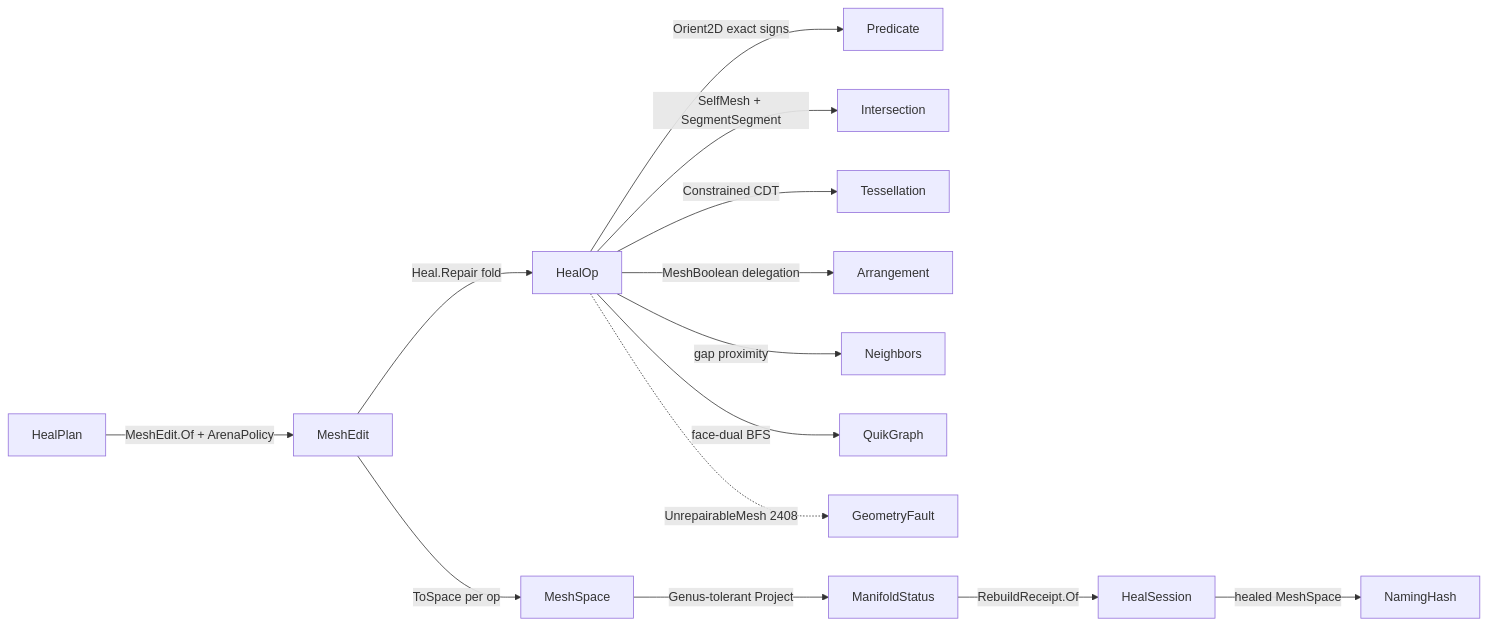
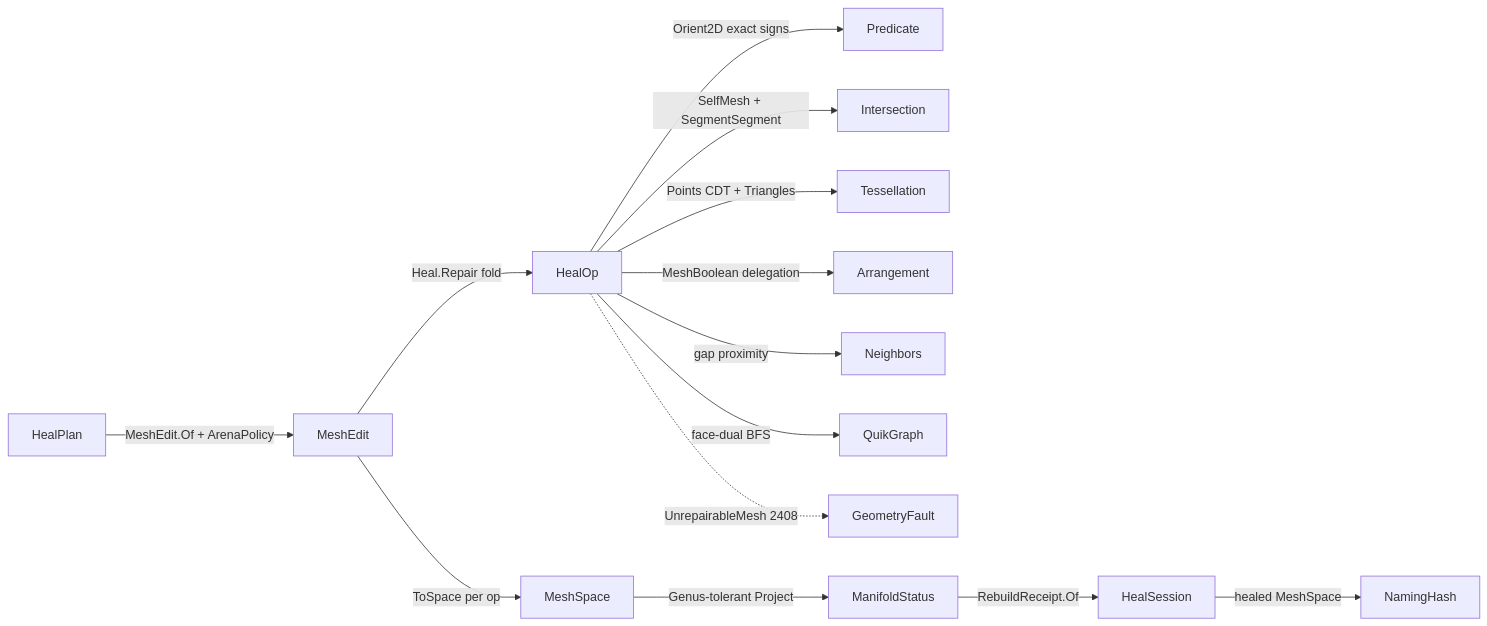
The diagram in libs/csharp/Rasm/.planning/Processing/repair.md (bsamiee/Rasm), drawn with Mermaid before and after one commit. The commit also changed other lines of this file and 12 other files, not shown here.

````diff
--- a/libs/csharp/Rasm/.planning/Processing/repair.md
+++ b/libs/csharp/Rasm/.planning/Processing/repair.md
@@ -495,16 +542,16 @@
 ```mermaid
 flowchart LR
     HealPlan -->|MeshEdit.Of + ArenaPolicy| MeshEdit
     MeshEdit -->|Heal.Repair fold| HealOp
     HealOp -->|Orient2D exact signs| Predicate
     HealOp -->|SelfMesh + SegmentSegment| Intersection
-    HealOp -->|Constrained CDT| Tessellation
+    HealOp -->|Points CDT + Triangles| Tessellation
     HealOp -->|MeshBoolean delegation| Arrangement
     HealOp -->|gap proximity| Neighbors
     HealOp -->|face-dual BFS| QuikGraph
     MeshEdit -->|ToSpace per op| MeshSpace
     MeshSpace -->|Genus-tolerant Project| ManifoldStatus
     ManifoldStatus -->|RebuildReceipt.Of| HealSession
     HealSession -->|healed MeshSpace| NamingHash
     HealOp -.->|UnrepairableMesh 2408| GeometryFault
 ```
````
